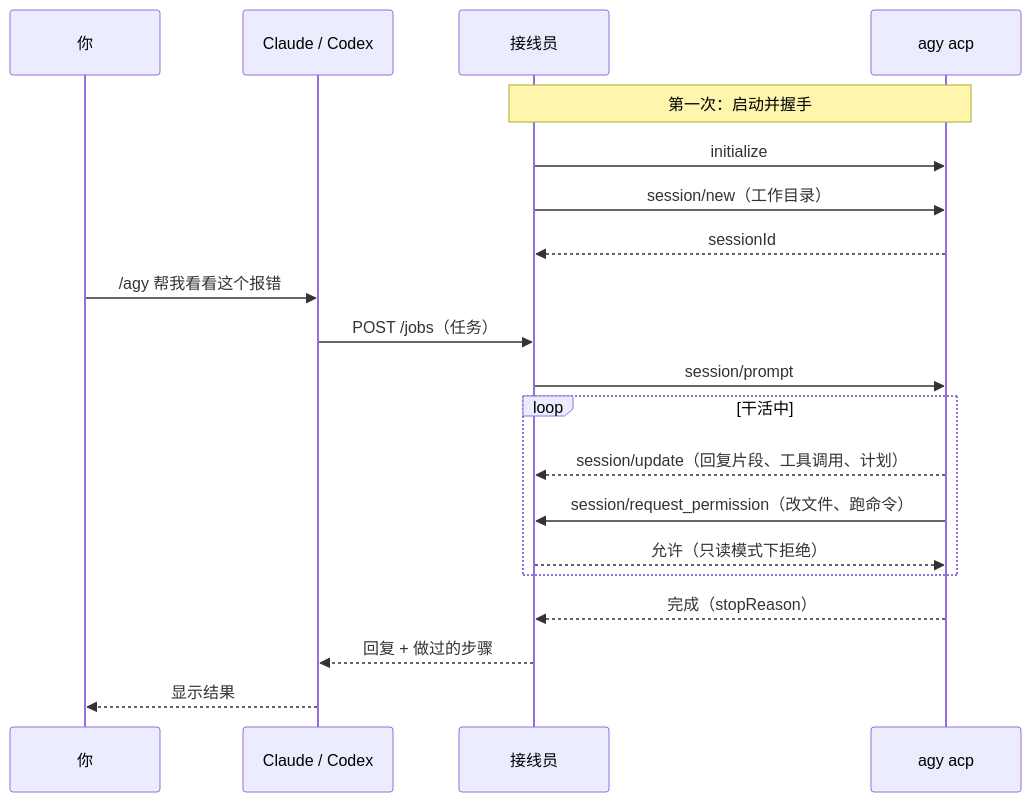
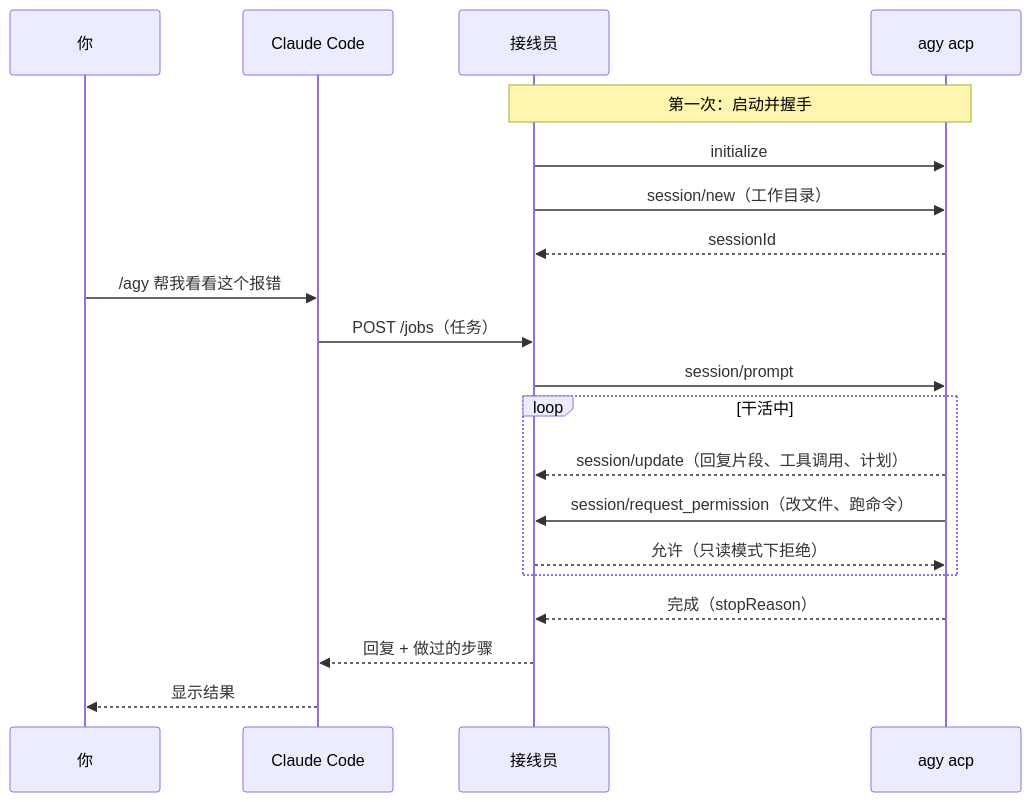
One commit to lvdoushacc/antigravity-acp changed the second of 2 diagrams in README.md. Above: the diagram before and after it, drawn with Mermaid. The commit also changed other lines of this file and 16 other files, not shown here.

````diff
--- a/README.md
+++ b/README.md
@@ -40,24 +34,24 @@
 ```mermaid
 sequenceDiagram
     participant U as 你
-    participant C as Claude / Codex
+    participant C as Claude Code
     participant B as 接线员
     participant G as agy acp
 
     Note over B,G: 第一次：启动并握手
     B->>G: initialize
     B->>G: session/new（工作目录）
     G-->>B: sessionId
 
     U->>C: /agy 帮我看看这个报错
     C->>B: POST /jobs（任务）
     B->>G: session/prompt
     loop 干活中
         G-->>B: session/update（回复片段、工具调用、计划）
         G->>B: session/request_permission（改文件、跑命令）
         B-->>G: 允许（只读模式下拒绝）
     end
     G-->>B: 完成（stopReason）
     B-->>C: 回复 + 做过的步骤
     C-->>U: 显示结果
 ```
````
